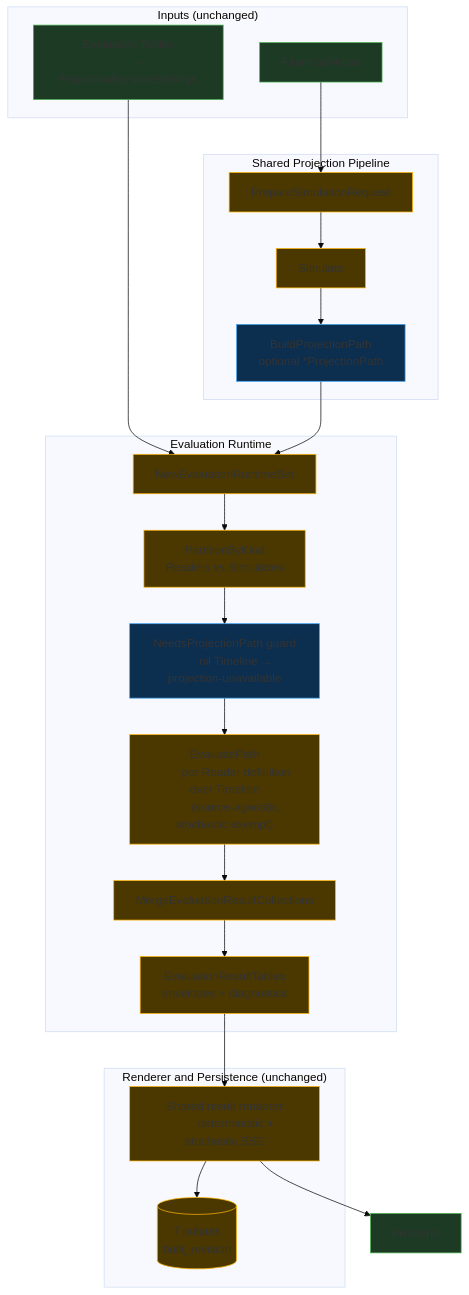
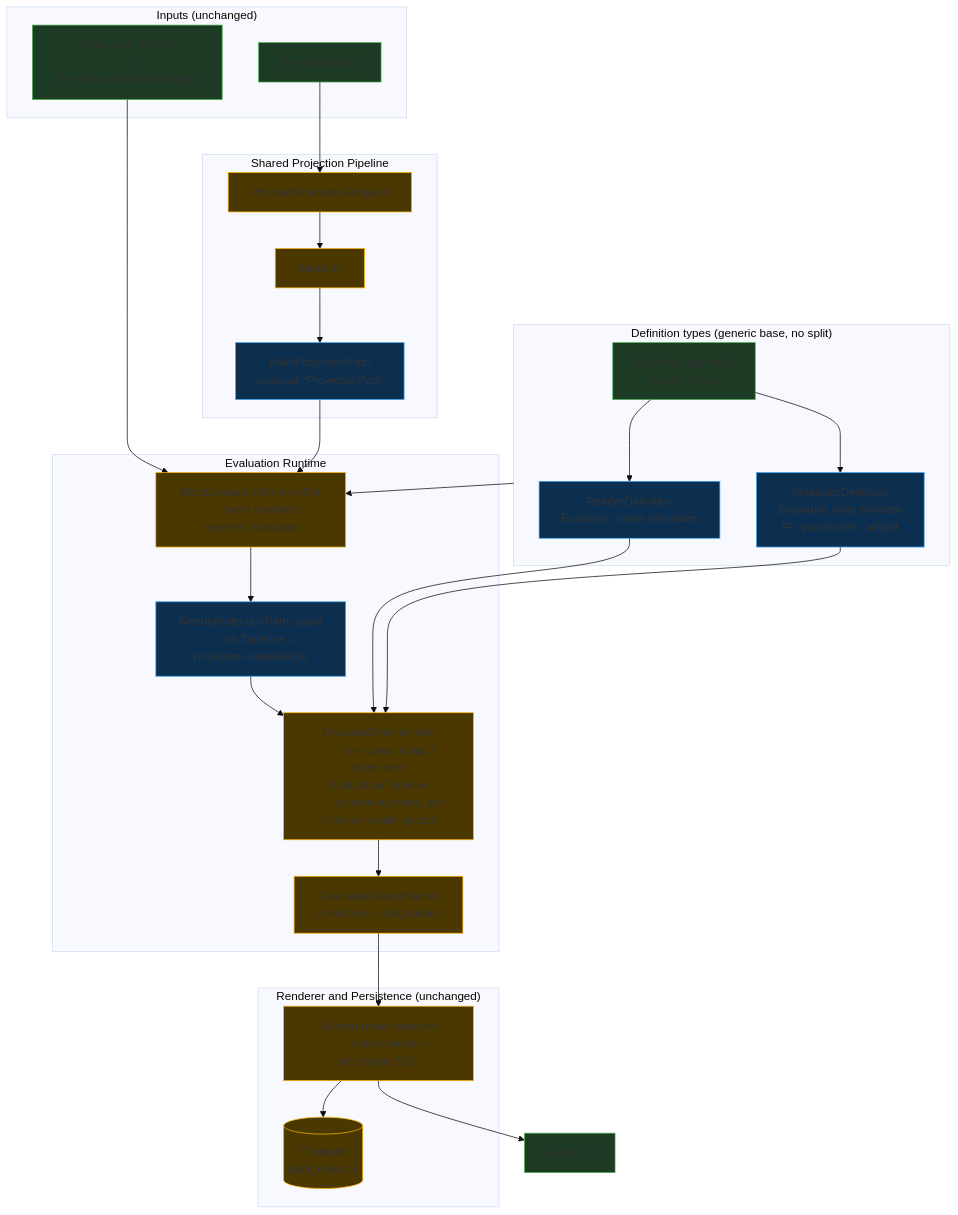
The diagram in docs/diagrams/changes/evaluation-worker-after.mmd (SimHoZebs/net-worth-estimator), drawn with Mermaid (base theme) before and after one commit. The commit also changed 35 other files, not shown here.

First line of the commit message:
refactor(evaluations): generic Evaluator base, Reader/Simulator subtypes, drop runtime split

```diff
--- a/docs/diagrams/changes/evaluation-worker-after.mmd
+++ b/docs/diagrams/changes/evaluation-worker-after.mmd
@@ -1,65 +1,77 @@
 flowchart TB
     subgraph IN["Inputs (unchanged)"]
         MODEL["FinancialModel"]
         CFG["Evaluation Tables
         + ProjectionRuntimeSettings"]
     end
 
     subgraph PIPE["Shared Projection Pipeline"]
         PREP["PrepareSimulationRequest"]
         SIM["Simulate"]
         PATH["BuildProjectionPath
         optional *ProjectionPath"]
     end
 
     subgraph RUNTIME["Evaluation Runtime"]
-        SET["NewEvaluationRuntimeSet"]
-        PART["PartitionByKind
-        Readers vs Simulators"]
+        SET["NewEvaluationRuntimeSet
+        every evaluator extends Evaluator"]
         GUARD["NeedsProjectionPath guard
         nil Timeline → projection-unavailable"]
-        EVAL["EvaluatePath
-        per Reader definition over Timeline
-        (source-agnostic, stochastic exempt)"]
-        MERGE["MergeEvaluationResultCollections"]
+        EVAL["EvaluateDeterministic
+        one pass in input order over EvaluationTimeline
+        (source-agnostic, per-instance reader guard)"]
         TABLES["EvaluationResultTables
         envelopes + diagnostics"]
     end
 
     subgraph OUT["Renderer and Persistence (unchanged)"]
         RENDER["Shared result renderer
         deterministic + stochastic SSE"]
         OUTPUTS[("7 outputs
         built_revision")]
     end
 
+    subgraph DEFS["Definition types (generic base, no split)"]
+        BASE["Evaluator (generic)
+        shared hooks"]
+        READER["ReaderDefinition
+        Evaluator, never simulates"]
+        SIMDEF["SimulatorDefinition
+        Evaluator, may simulate
+        FI · purchases · whatIf"]
+    end
+
     UI["Frontend"]
 
     MODEL --> PREP
     CFG --> SET
     PREP --> SIM
     SIM --> PATH
     PATH --> SET
-    SET --> PART
-    PART --> GUARD
+    SET --> GUARD
     GUARD --> EVAL
-    EVAL --> MERGE
-    MERGE --> TABLES
+    EVAL --> TABLES
     TABLES --> RENDER
     RENDER --> OUTPUTS
     RENDER --> UI
+    BASE --> READER
+    BASE --> SIMDEF
+    READER --> EVAL
+    SIMDEF --> EVAL
+    DEFS --> SET
 
     style MODEL fill:#1d3a24,stroke:#4caf50
     style CFG fill:#1d3a24,stroke:#4caf50
     style PREP fill:#4a3800,stroke:#ffb300
     style SIM fill:#4a3800,stroke:#ffb300
     style PATH fill:#0d2f4f,stroke:#42a5f5
     style SET fill:#4a3800,stroke:#ffb300
-    style PART fill:#4a3800,stroke:#ffb300
     style GUARD fill:#0d2f4f,stroke:#42a5f5
     style EVAL fill:#4a3800,stroke:#ffb300
-    style MERGE fill:#4a3800,stroke:#ffb300
     style TABLES fill:#4a3800,stroke:#ffb300
     style RENDER fill:#4a3800,stroke:#ffb300
     style OUTPUTS fill:#4a3800,stroke:#ffb300
     style UI fill:#1d3a24,stroke:#4caf50
+    style BASE fill:#1d3a24,stroke:#4caf50
+    style READER fill:#0d2f4f,stroke:#42a5f5
+    style SIMDEF fill:#0d2f4f,stroke:#42a5f5
```
